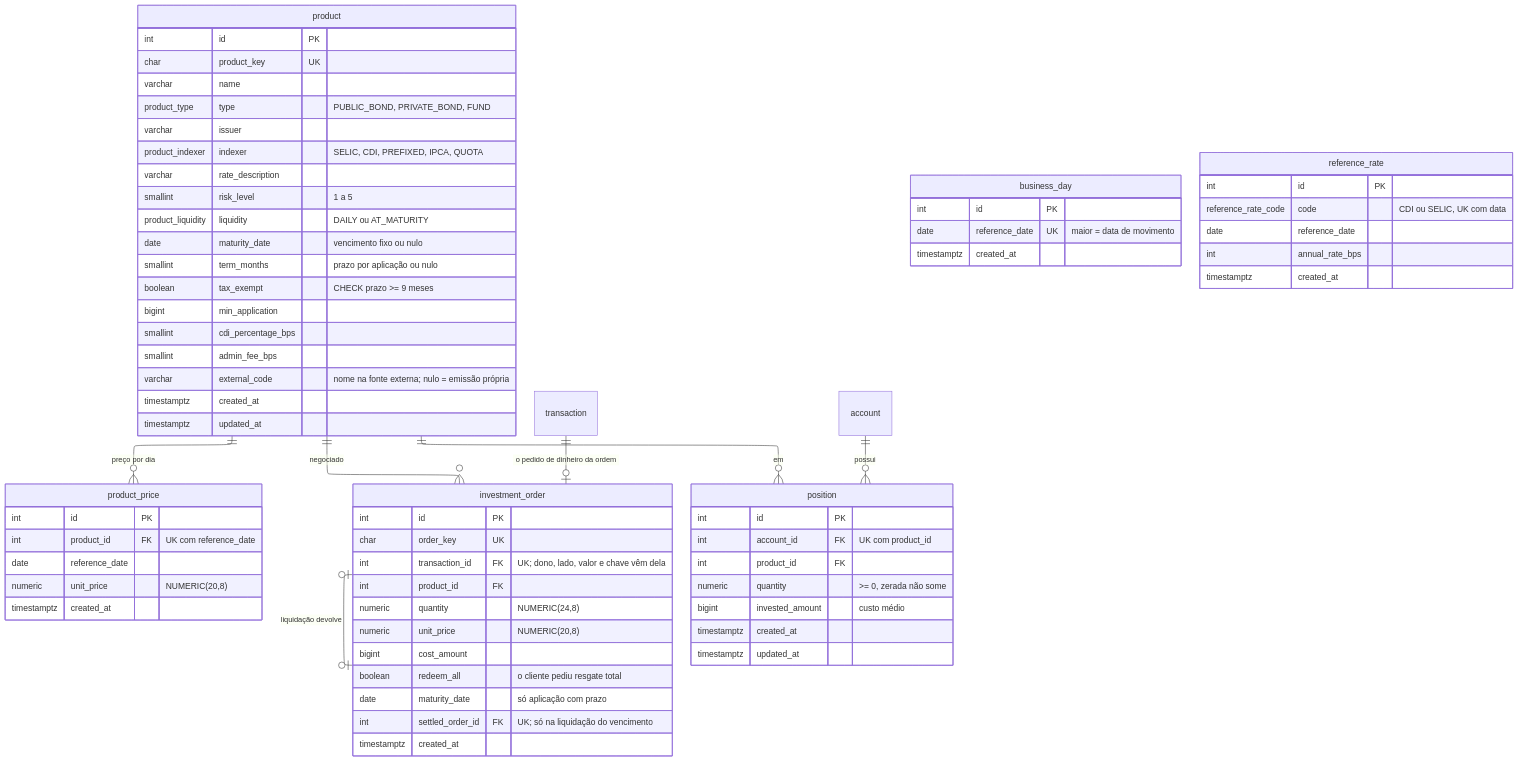
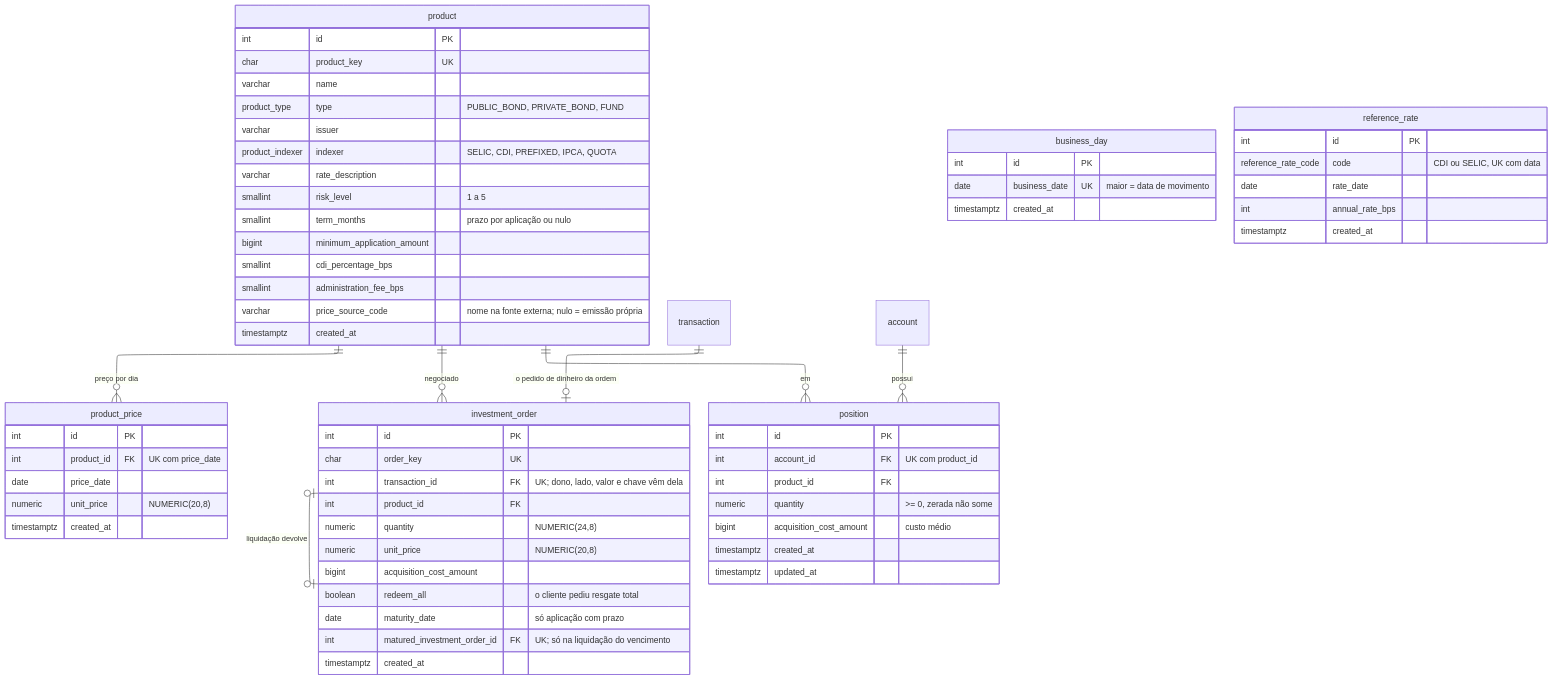
Before and after one commit to heluylucas/bootcamp-qi-tech-presidas-: the diagram in docs/diagramas/er-produtos-e-ordens.mmd, drawn with Mermaid. The commit also changed 12 other files, not shown here.

Commit message:
:hammer: update: rfc-&-diagrams-architecture-review

```diff
--- a/docs/diagramas/er-produtos-e-ordens.mmd
+++ b/docs/diagramas/er-produtos-e-ordens.mmd
@@ -1,76 +1,72 @@
 ---
 config:
   layout: elk
   elk:
     mergeEdges: false
     nodePlacementStrategy: NETWORK_SIMPLEX
 ---
 erDiagram
     product ||--o{ product_price : "preço por dia"
     transaction ||--o| investment_order : "o pedido de dinheiro da ordem"
     product ||--o{ investment_order : "negociado"
     investment_order |o--o| investment_order : "liquidação devolve"
     account ||--o{ position : "possui"
     product ||--o{ position : "em"
 
     product {
         int id PK
         char product_key UK
         varchar name
         product_type type "PUBLIC_BOND, PRIVATE_BOND, FUND"
         varchar issuer
         product_indexer indexer "SELIC, CDI, PREFIXED, IPCA, QUOTA"
         varchar rate_description
         smallint risk_level "1 a 5"
-        product_liquidity liquidity "DAILY ou AT_MATURITY"
-        date maturity_date "vencimento fixo ou nulo"
         smallint term_months "prazo por aplicação ou nulo"
-        boolean tax_exempt "CHECK prazo >= 9 meses"
-        bigint min_application
+        bigint minimum_application_amount
         smallint cdi_percentage_bps
-        smallint admin_fee_bps
-        varchar external_code "nome na fonte externa; nulo = emissão própria"
+        smallint administration_fee_bps
+        varchar price_source_code "nome na fonte externa; nulo = emissão própria"
         timestamptz created_at
-        timestamptz updated_at
     }
     product_price {
         int id PK
-        int product_id FK "UK com reference_date"
-        date reference_date
+        int product_id FK "UK com price_date"
+        date price_date
         numeric unit_price "NUMERIC(20,8)"
         timestamptz created_at
     }
     business_day {
         int id PK
-        date reference_date UK "maior = data de movimento"
+        date business_date UK "maior = data de movimento"
         timestamptz created_at
     }
     reference_rate {
         int id PK
         reference_rate_code code "CDI ou SELIC, UK com data"
-        date reference_date
+        date rate_date
         int annual_rate_bps
         timestamptz created_at
     }
     investment_order {
         int id PK
         char order_key UK
         int transaction_id FK "UK; dono, lado, valor e chave vêm dela"
         int product_id FK
         numeric quantity "NUMERIC(24,8)"
         numeric unit_price "NUMERIC(20,8)"
-        bigint cost_amount
+        bigint acquisition_cost_amount
         boolean redeem_all "o cliente pediu resgate total"
         date maturity_date "só aplicação com prazo"
-        int settled_order_id FK "UK; só na liquidação do vencimento"
+        int matured_investment_order_id FK "UK; só na liquidação do vencimento"
         timestamptz created_at
     }
     position {
         int id PK
         int account_id FK "UK com product_id"
         int product_id FK
         numeric quantity ">= 0, zerada não some"
-        bigint invested_amount "custo médio"
+        bigint acquisition_cost_amount "custo médio"
         timestamptz created_at
         timestamptz updated_at
     }
```
